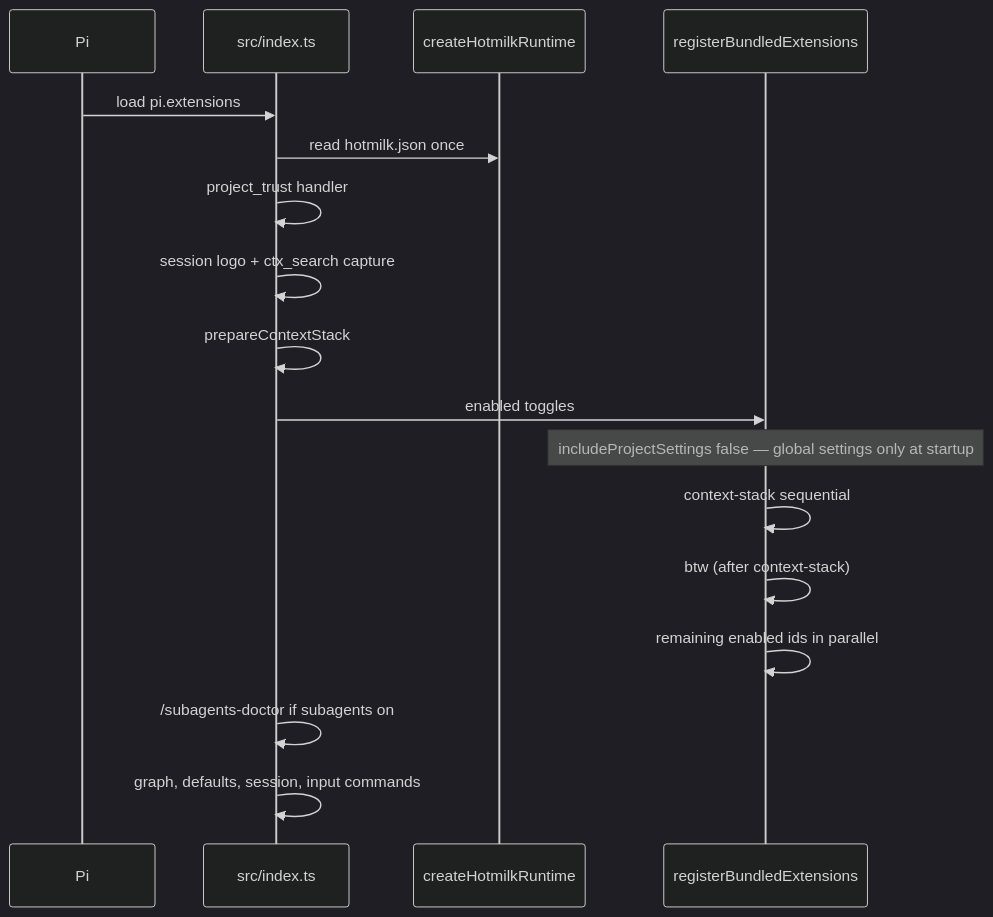
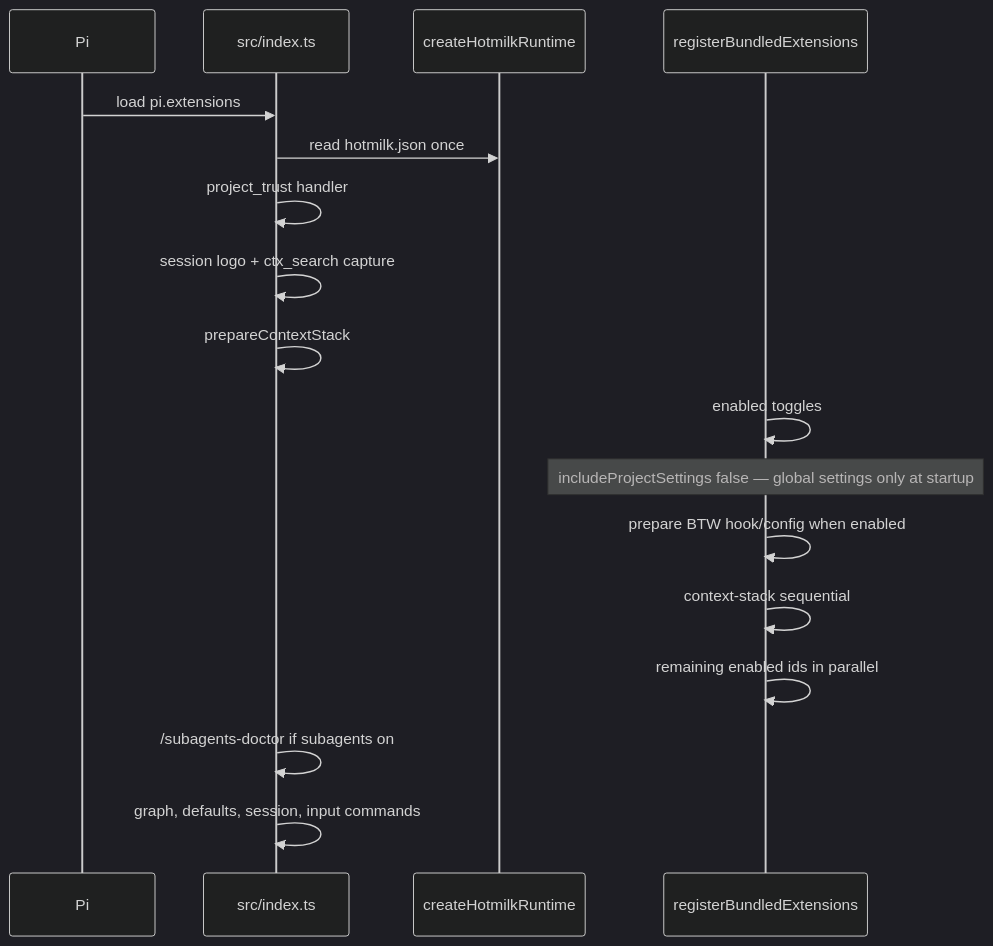
Before and after one commit to dayjobdoor/hotmilk: the first of 3 diagrams in docs/design.md, drawn with Mermaid (dark theme). The commit also changed other lines of this file and 44 other files, not shown here.

````diff
--- a/docs/design.md
+++ b/docs/design.md
@@ -9,19 +9,19 @@
 ```mermaid
 sequenceDiagram
   participant Pi
   participant Index as src/index.ts
   participant Runtime as createHotmilkRuntime
   participant Ext as registerBundledExtensions
   Pi->>Index: load pi.extensions
   Index->>Runtime: read hotmilk.json once
   Index->>Index: project_trust handler
   Index->>Index: session logo + ctx_search capture
   Index->>Index: prepareContextStack
-  Index->>Ext: enabled toggles
+  Ext->>Ext: enabled toggles
   Note over Ext: includeProjectSettings false — global settings only at startup
+  Ext->>Ext: prepare BTW hook/config when enabled
   Ext->>Ext: context-stack sequential
-  Ext->>Ext: btw (after context-stack)
   Ext->>Ext: remaining enabled ids in parallel
   Index->>Index: /subagents-doctor if subagents on
   Index->>Index: graph, defaults, session, input commands
 ```
````
